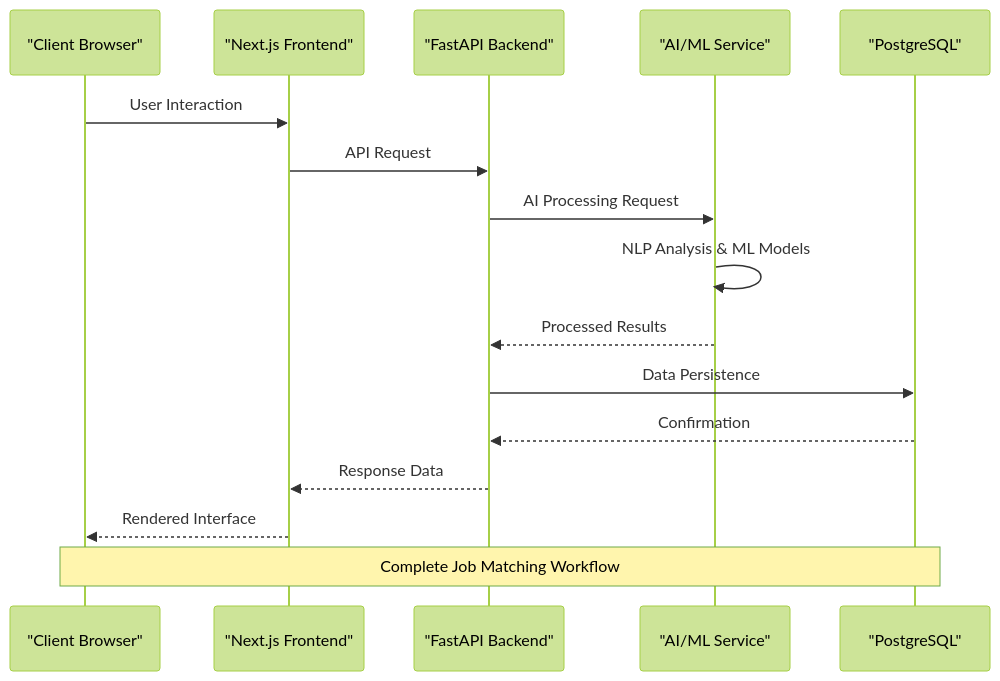
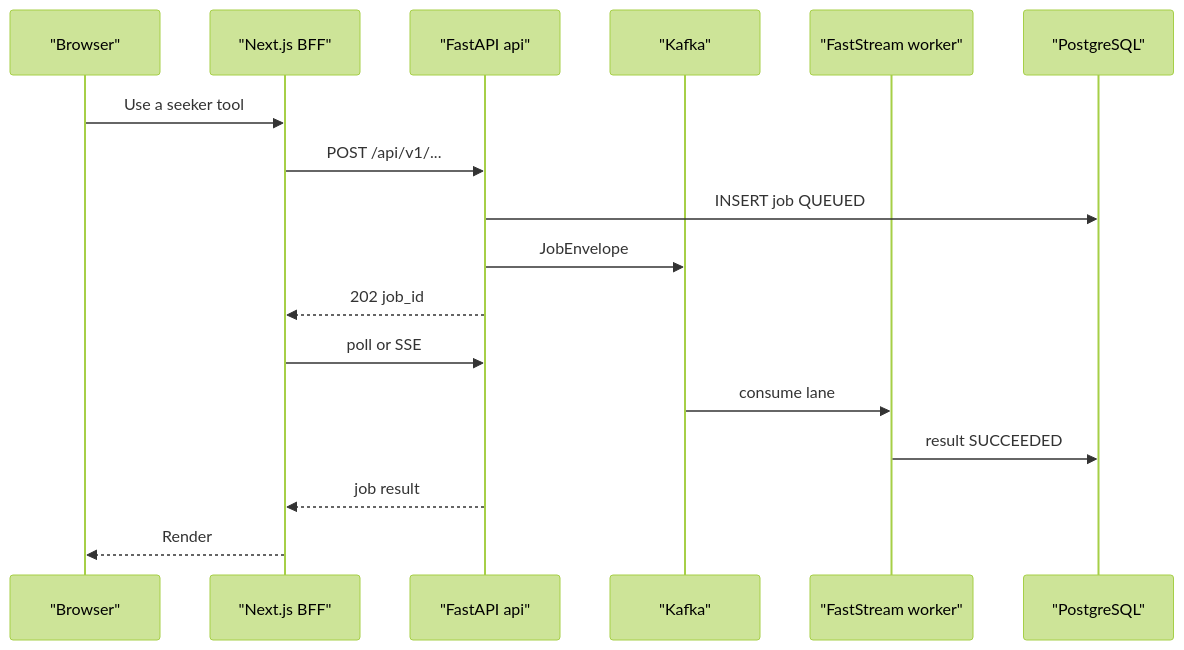
Before and after one commit to tashifkhan/tashif.codes: the second of 5 diagrams in src/data/docs/talentsync/Project Overview/Project Overview.md, drawn with Mermaid (forest theme). The commit also changed other lines of this file and 2128 other files, not shown here.

First line of the commit message:
docs: replace raster diagram images with native Mermaid across project guides

````diff
--- a/src/data/docs/talentsync/Project Overview/Project Overview.md
+++ b/src/data/docs/talentsync/Project Overview/Project Overview.md
@@ -92,18 +77,19 @@
 ```mermaid
 sequenceDiagram
-participant Client as "Client Browser"
-participant Frontend as "Next.js Frontend"
-participant Backend as "FastAPI Backend"
-participant AI as "AI/ML Service"
+participant Client as "Browser"
+participant Frontend as "Next.js BFF"
+participant Backend as "FastAPI api"
+participant Kafka as "Kafka"
+participant Worker as "FastStream worker"
 participant Database as "PostgreSQL"
-Client->>Frontend : User Interaction
-Frontend->>Backend : API Request
-Backend->>AI : AI Processing Request
-AI->>AI : NLP Analysis & ML Models
-AI-->>Backend : Processed Results
-Backend->>Database : Data Persistence
-Database-->>Backend : Confirmation
-Backend-->>Frontend : Response Data
-Frontend-->>Client : Rendered Interface
-Note over Client,Database : Complete Job Matching Workflow
+Client->>Frontend : Use a seeker tool
+Frontend->>Backend : POST /api/v1/...
+Backend->>Database : INSERT job QUEUED
+Backend->>Kafka : JobEnvelope
+Backend-->>Frontend : 202 job_id
+Frontend->>Backend : poll or SSE
+Kafka->>Worker : consume lane
+Worker->>Database : result SUCCEEDED
+Backend-->>Frontend : job result
+Frontend-->>Client : Render
 ```
````
